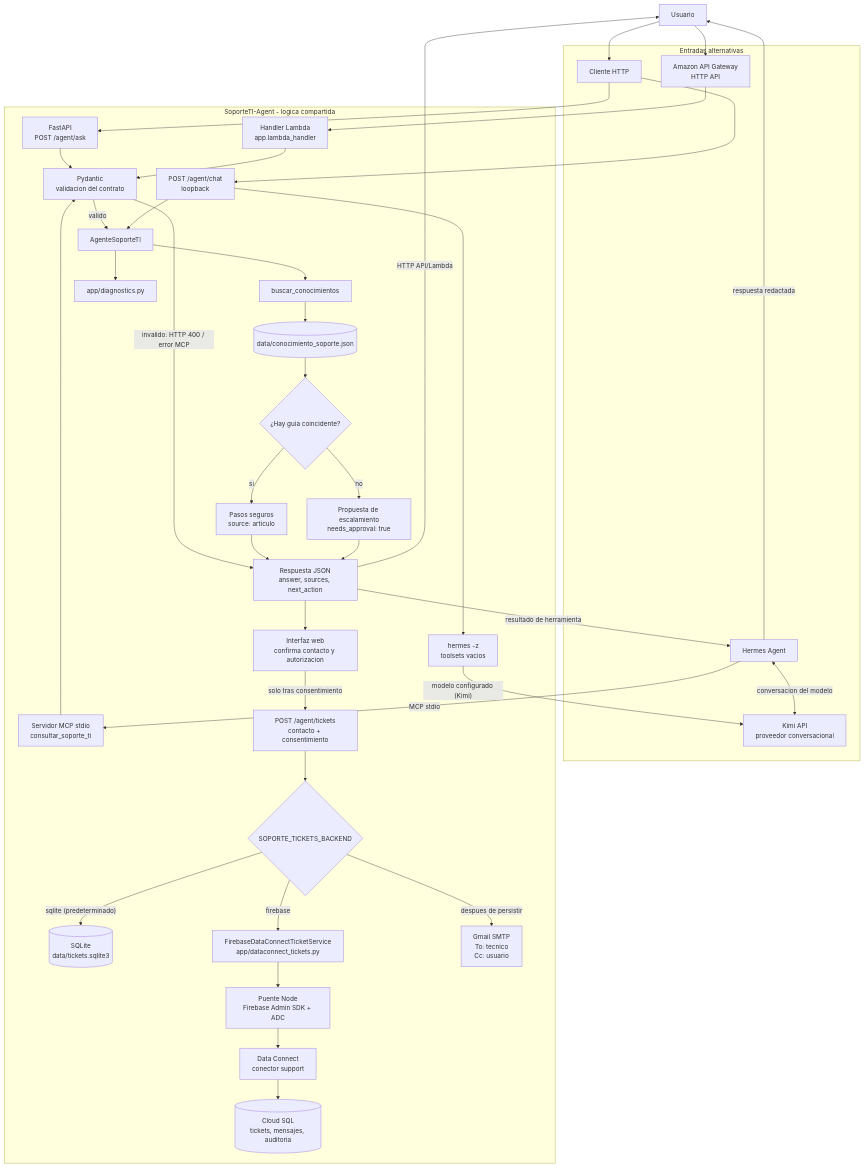
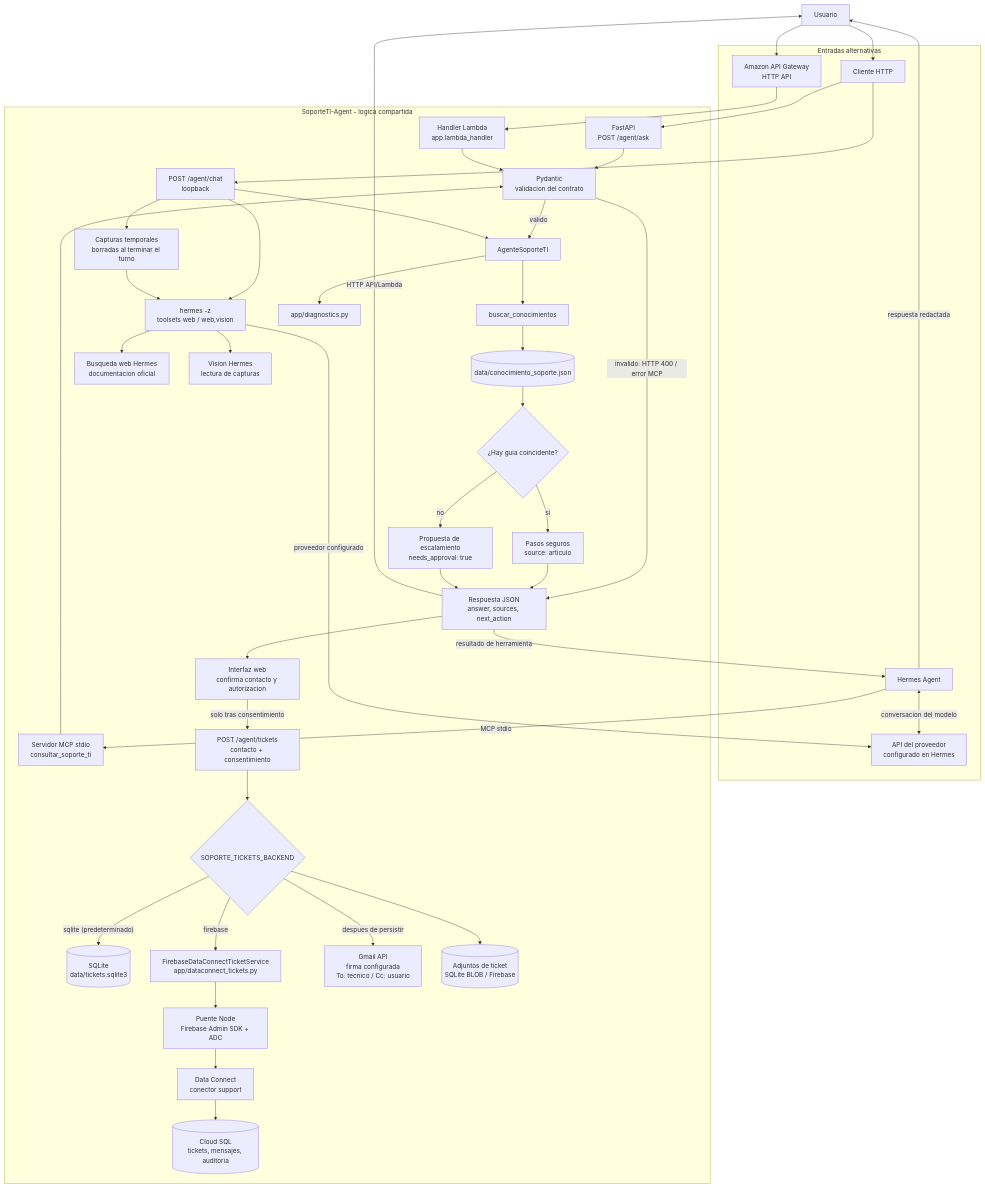
The diagram in docs/arquitectura.md (Edinson99/SoporteTI-Agent), drawn with Mermaid before and after one commit. The commit also changed other lines of this file and 25 other files, not shown here.

````diff
--- a/docs/arquitectura.md
+++ b/docs/arquitectura.md
@@ -31,71 +31,80 @@
 ```mermaid
 flowchart TB
     U[Usuario]
     subgraph Entrada["Entradas alternativas"]
         HTTP["Cliente HTTP"]
         GATEWAY["Amazon API Gateway<br/>HTTP API"]
         HERMES["Hermes Agent"]
-        KIMI["Kimi API<br/>proveedor conversacional"]
+        MODEL["API del proveedor<br/>configurado en Hermes"]
     end
     subgraph Servicio["SoporteTI-Agent - logica compartida"]
         API["FastAPI<br/>POST /agent/ask"]
         CHAT["POST /agent/chat<br/>loopback"]
-        BRIDGE["hermes -z<br/>toolsets vacios"]
+        BRIDGE["hermes -z<br/>toolsets web / web,vision"]
         LAMBDA["Handler Lambda<br/>app.lambda_handler"]
         MCP["Servidor MCP stdio<br/>consultar_soporte_ti"]
         VALID["Pydantic<br/>validacion del contrato"]
         AGENT["AgenteSoporteTI"]
         SEARCH["buscar_conocimientos"]
         DIAG["app/diagnostics.py"]
         DECISION{"¿Hay guia coincidente?"}
         KB[("data/conocimiento_soporte.json")]
         ANSWER["Pasos seguros<br/>source: articulo"]
         DRAFT["Propuesta de escalamiento<br/>needs_approval: true"]
         RESP["Respuesta JSON<br/>answer, sources, next_action"]
         TICKET_API["POST /agent/tickets<br/>contacto + consentimiento"]
         TICKET_SVC{"SOPORTE_TICKETS_BACKEND"}
         SQLITE[("SQLite<br/>data/tickets.sqlite3")]
         PY_FDC["FirebaseDataConnectTicketService<br/>app/dataconnect_tickets.py"]
         NODE_BRIDGE["Puente Node<br/>Firebase Admin SDK + ADC"]
         CONNECTOR["Data Connect<br/>conector support"]
         CLOUDSQL[("Cloud SQL<br/>tickets, mensajes, auditoria")]
-        SMTP["Gmail SMTP<br/>To: tecnico<br/>Cc: usuario"]
+        ATTACH_TMP["Capturas temporales<br/>borradas al terminar el turno"]
+        WEB["Busqueda web Hermes<br/>documentacion oficial"]
+        VISION["Vision Hermes<br/>lectura de capturas"]
+        GMAIL["Gmail API<br/>firma configurada<br/>To: tecnico / Cc: usuario"]
+        ATTACH_DB[("Adjuntos de ticket<br/>SQLite BLOB / Firebase")]
         UI["Interfaz web<br/>confirma contacto y autorizacion"]
     end
 
     U --> HTTP
     U --> GATEWAY
     HTTP --> API
     HTTP --> CHAT
     GATEWAY --> LAMBDA
-    HERMES <-->|"conversacion del modelo"| KIMI
+    HERMES <-->|"conversacion del modelo"| MODEL
     HERMES -->|"MCP stdio"| MCP
     API --> VALID
     LAMBDA --> VALID
     MCP --> VALID
     VALID -->|"invalido: HTTP 400 / error MCP"| RESP
     VALID -->|"valido"| AGENT
     AGENT --> SEARCH
     AGENT --> DIAG
     CHAT --> AGENT
     CHAT --> BRIDGE
-    BRIDGE -->|"modelo configurado (Kimi)"| KIMI
+    CHAT --> ATTACH_TMP
+    ATTACH_TMP --> BRIDGE
+    BRIDGE -->|"proveedor configurado"| MODEL
+    BRIDGE --> WEB
+    BRIDGE --> VISION
     SEARCH --> KB
     KB --> DECISION
     DECISION -->|"si"| ANSWER
     DECISION -->|"no"| DRAFT
     ANSWER --> RESP
     DRAFT --> RESP
     RESP --> UI
     UI -->|"solo tras consentimiento"| TICKET_API
     TICKET_API --> TICKET_SVC
     TICKET_SVC -->|"sqlite (predeterminado)"| SQLITE
+    TICKET_SVC --> ATTACH_DB
     TICKET_SVC -->|"firebase"| PY_FDC
     PY_FDC --> NODE_BRIDGE
     NODE_BRIDGE --> CONNECTOR
     CONNECTOR --> CLOUDSQL
-    TICKET_SVC -->|"despues de persistir"| SMTP
+    TICKET_SVC -->|"despues de persistir"| GMAIL
     RESP -->|"HTTP API/Lambda"| U
     RESP -->|"resultado de herramienta"| HERMES
     HERMES -->|"respuesta redactada"| U
 ```
````
